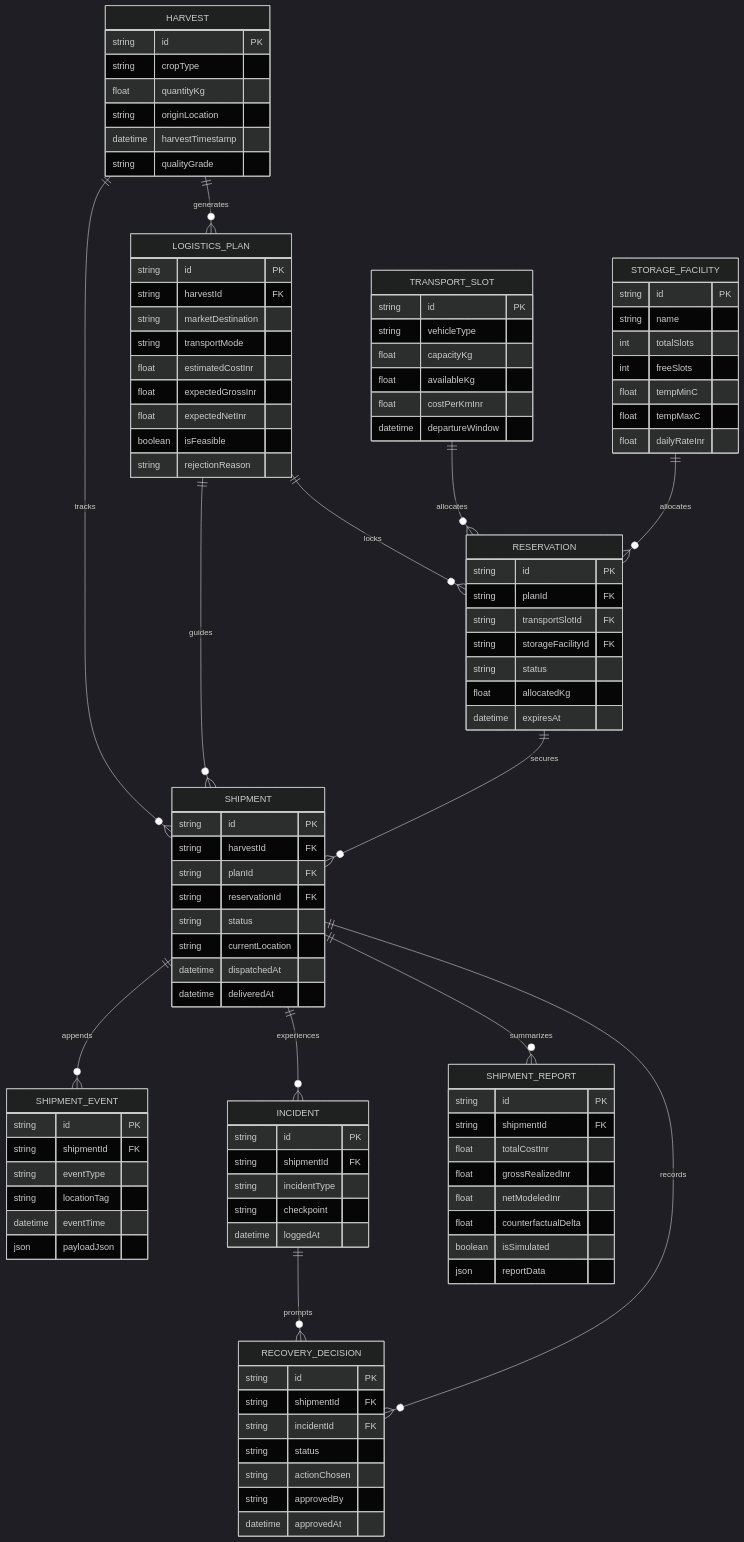
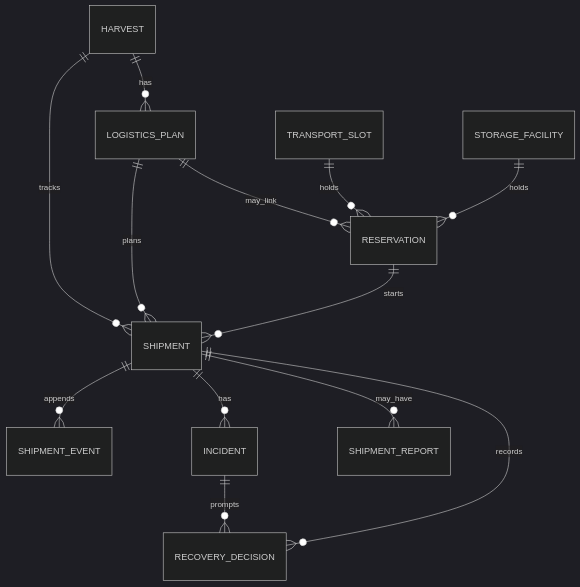
One commit to nikhi20-900/KhetSe changed the diagram in docs/DATA_MODEL.md. Above: the diagram before and after it, drawn with Mermaid (dark theme). The commit also changed other lines of this file and 22 other files, not shown here.

````diff
--- a/docs/DATA_MODEL.md
+++ b/docs/DATA_MODEL.md
@@ -9,114 +21,15 @@
 ```mermaid
 erDiagram
-    HARVEST ||--o{ LOGISTICS_PLAN : generates
-    HARVEST ||--o{ SHIPMENT : tracks
-    LOGISTICS_PLAN ||--o{ RESERVATION : locks
-    LOGISTICS_PLAN ||--o{ SHIPMENT : guides
-    TRANSPORT_SLOT ||--o{ RESERVATION : allocates
-    STORAGE_FACILITY ||--o{ RESERVATION : allocates
-    RESERVATION ||--o{ SHIPMENT : secures
-    SHIPMENT ||--o{ SHIPMENT_EVENT : appends
-    SHIPMENT ||--o{ INCIDENT : experiences
-    INCIDENT ||--o{ RECOVERY_DECISION : prompts
-    SHIPMENT ||--o{ RECOVERY_DECISION : records
-    SHIPMENT ||--o{ SHIPMENT_REPORT : summarizes
-
-    HARVEST {
-        string id PK
-        string cropType
-        float quantityKg
-        string originLocation
-        datetime harvestTimestamp
-        string qualityGrade
-    }
-
-    LOGISTICS_PLAN {
-        string id PK
-        string harvestId FK
-        string marketDestination
-        string transportMode
-        float estimatedCostInr
-        float expectedGrossInr
-        float expectedNetInr
-        boolean isFeasible
-        string rejectionReason
-    }
-
-    TRANSPORT_SLOT {
-        string id PK
-        string vehicleType
-        float capacityKg
-        float availableKg
-        float costPerKmInr
-        datetime departureWindow
-    }
-
-    STORAGE_FACILITY {
-        string id PK
-        string name
-        int totalSlots
-        int freeSlots
-        float tempMinC
-        float tempMaxC
-        float dailyRateInr
-    }
-
-    RESERVATION {
-        string id PK
-        string planId FK
-        string transportSlotId FK
-        string storageFacilityId FK
-        string status
-        float allocatedKg
-        datetime expiresAt
-    }
-
-    SHIPMENT {
-        string id PK
-        string harvestId FK
-        string planId FK
-        string reservationId FK
-        string status
-        string currentLocation
-        datetime dispatchedAt
-        datetime deliveredAt
-    }
-
-    SHIPMENT_EVENT {
-        string id PK
-        string shipmentId FK
-        string eventType
-        string locationTag
-        datetime eventTime
-        json payloadJson
-    }
-
-    INCIDENT {
-        string id PK
-        string shipmentId FK
-        string incidentType
-        string checkpoint
-        datetime loggedAt
-    }
-
-    RECOVERY_DECISION {
-        string id PK
-        string shipmentId FK
-        string incidentId FK
-        string status
-        string actionChosen
-        string approvedBy
-        datetime approvedAt
-    }
-
-    SHIPMENT_REPORT {
-        string id PK
-        string shipmentId FK
-        float totalCostInr
-        float grossRealizedInr
-        float netModeledInr
-        float counterfactualDelta
-        boolean isSimulated
-        json reportData
-    }
+  HARVEST ||--o{ LOGISTICS_PLAN : has
+  HARVEST ||--o{ SHIPMENT : tracks
+  LOGISTICS_PLAN ||--o{ RESERVATION : may_link
+  LOGISTICS_PLAN ||--o{ SHIPMENT : plans
+  TRANSPORT_SLOT ||--o{ RESERVATION : holds
+  STORAGE_FACILITY ||--o{ RESERVATION : holds
+  RESERVATION ||--o{ SHIPMENT : starts
+  SHIPMENT ||--o{ SHIPMENT_EVENT : appends
+  SHIPMENT ||--o{ INCIDENT : has
+  INCIDENT ||--o{ RECOVERY_DECISION : prompts
+  SHIPMENT ||--o{ RECOVERY_DECISION : records
+  SHIPMENT ||--o{ SHIPMENT_REPORT : may_have
 ```
````
